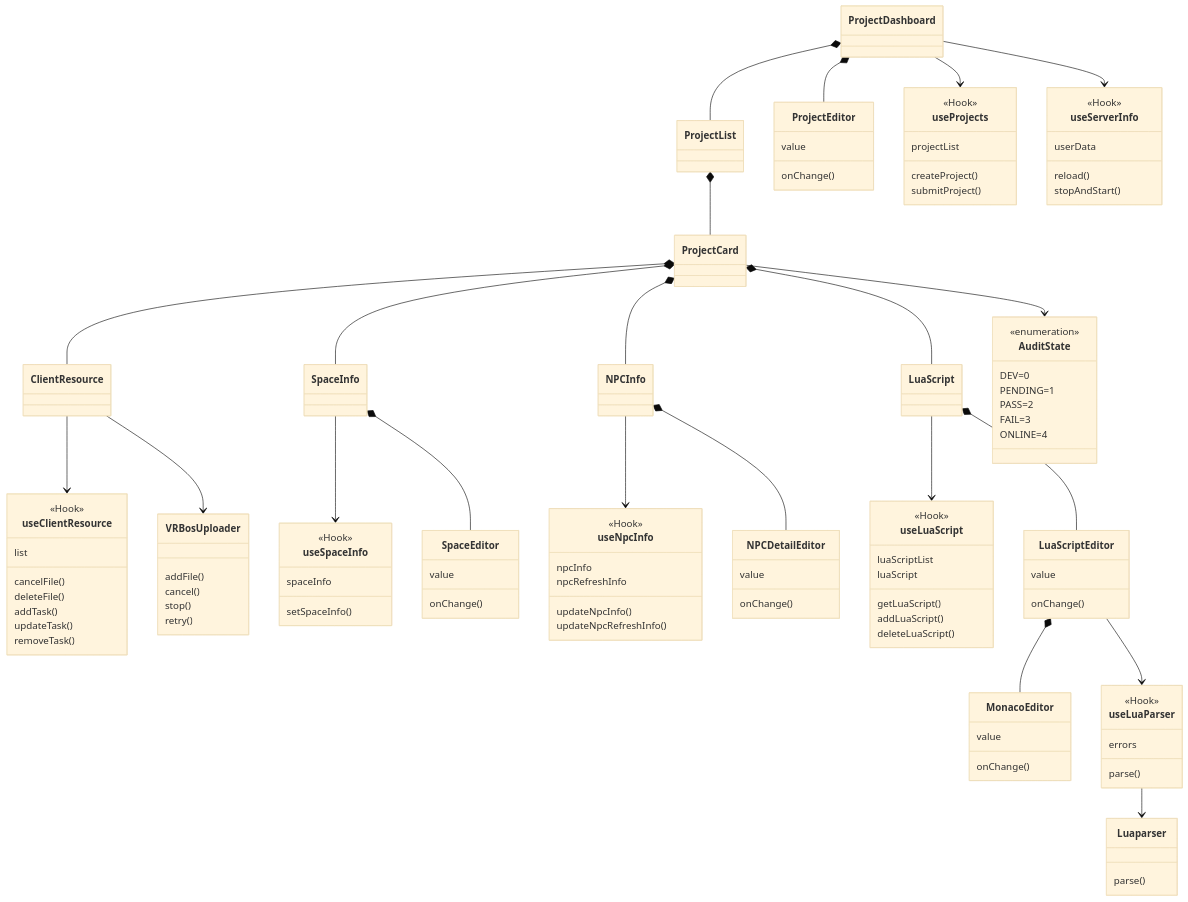
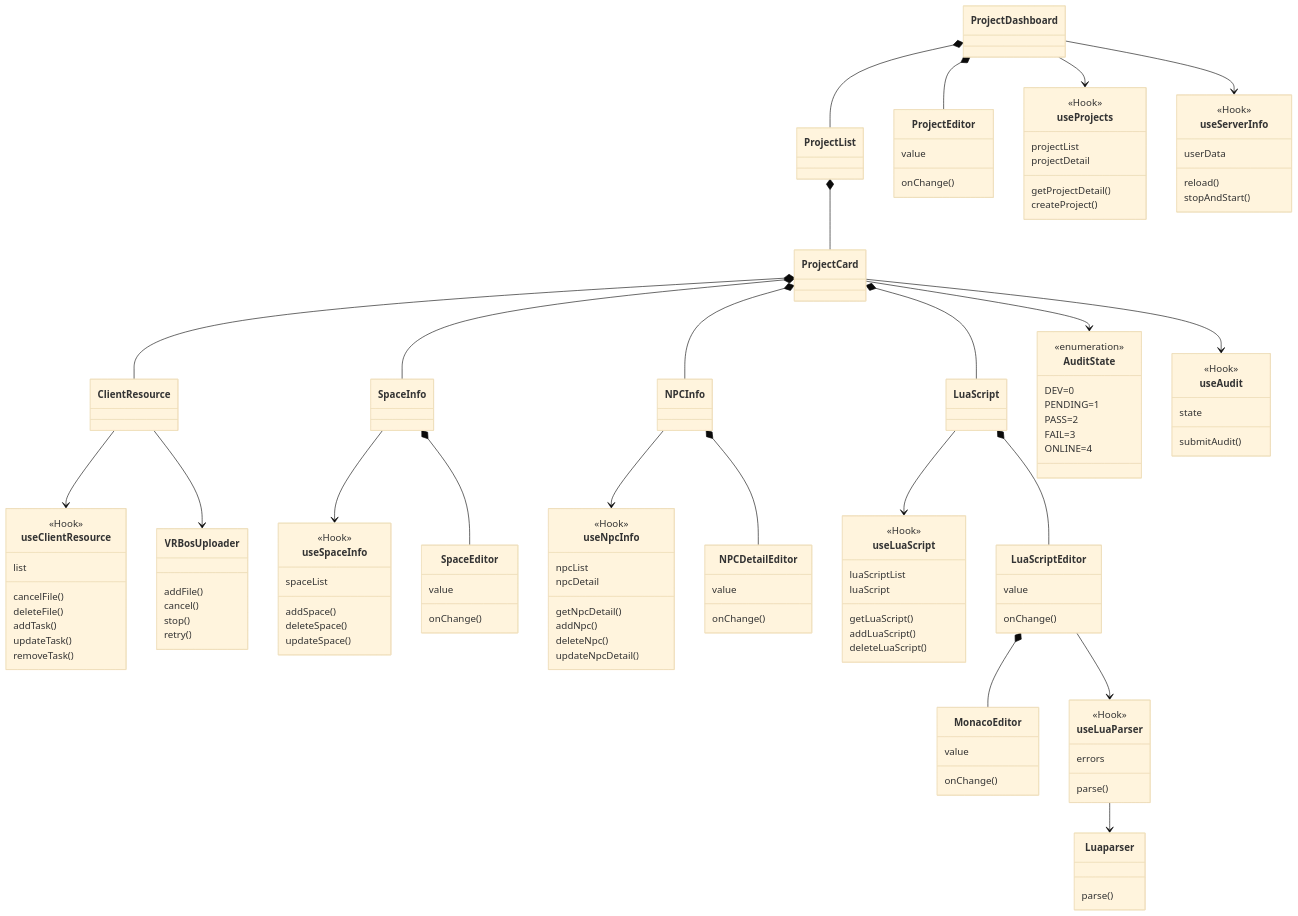
One commit to mzvast/mzvast.github.io changed the tenth of 17 diagrams in src/routes/posts/2021/09/13-1519-xirang/document.mdx. Above: the diagram before and after it, drawn with Mermaid (base theme). The commit also changed other lines of this file, not shown here.

Commit message:
update graph

````diff
--- a/src/routes/posts/2021/09/13-1519-xirang/document.mdx
+++ b/src/routes/posts/2021/09/13-1519-xirang/document.mdx
@@ -203,6 +203,6 @@
 ```mermaid
 classDiagram
- 
+
      ProjectDashboard *-- ProjectList
 
     ProjectDashboard *-- ProjectEditor
@@ -219,26 +219,34 @@
 
     class useProjects{
 	<<Hook>>
+	projectList
+    projectDetail
+    getProjectDetail()
 	createProject()
-	projectList
-	submitProject()
     }
-  
+
      class ProjectList{
-       
+
     }
     ProjectList *-- ProjectCard
 
     class ProjectCard{
-       
+
     }
-    
+
      ProjectCard *-- ClientResource
      ProjectCard *-- SpaceInfo
      ProjectCard *-- NPCInfo
      ProjectCard *-- LuaScript
      ProjectCard --> AuditState
-    
+     ProjectCard --> useAudit
+
+     class useAudit {
+         <<Hook>>
+         state
+         submitAudit()
+     }
+
     class AuditState{
        <<enumeration>>
        DEV=0
@@ -254,8 +262,8 @@
 	reload()
 	stopAndStart()
     }
-    
-     
+
+
 
     class ClientResource{
     }
@@ -280,14 +288,16 @@
     }
 
     class SpaceInfo{
-         
+
     }
     SpaceInfo --> useSpaceInfo
 
     class useSpaceInfo{
 	<<Hook>>
-	spaceInfo
-	setSpaceInfo()
+	spaceList
+    addSpace()
+    deleteSpace()
+    updateSpace()
     }
 
     SpaceInfo *-- SpaceEditor
@@ -303,11 +313,13 @@
     NPCInfo --> useNpcInfo
 
     class useNpcInfo{
-	    <<Hook>>	    
-	    npcInfo
-	    npcRefreshInfo
-	    updateNpcInfo()
-	    updateNpcRefreshInfo()
+	    <<Hook>>
+	    npcList
+	    npcDetail
+        getNpcDetail()
+        addNpc()
+        deleteNpc()
+	    updateNpcDetail()
     }
 
     NPCInfo *-- NPCDetailEditor
@@ -347,7 +359,7 @@
 	onChange()
     }
 
-    
+
 
     class useLuaParser{
         <<Hook>>
````
